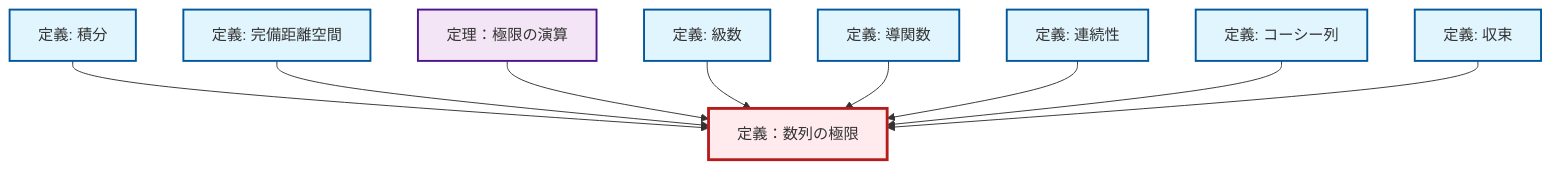
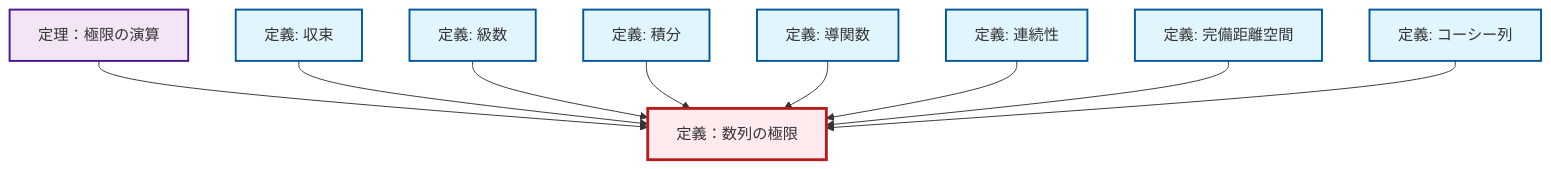
Before and after one commit to RK0429/ModernMath: the diagram in content/ja/analysis/def-limit.qmd, drawn with Mermaid. The commit also changed other lines of this file and 1012 other files, not shown here.

````diff
--- a/content/ja/analysis/def-limit.qmd
+++ b/content/ja/analysis/def-limit.qmd
@@ -49,35 +49,35 @@
 ```{mermaid}
 %%| fig-cap: "Local dependency graph"
 graph TD
     classDef definition fill:#e1f5fe,stroke:#01579b,stroke-width:2px
     classDef theorem fill:#f3e5f5,stroke:#4a148c,stroke-width:2px
     classDef axiom fill:#fff3e0,stroke:#e65100,stroke-width:2px
     classDef example fill:#e8f5e9,stroke:#1b5e20,stroke-width:2px
     classDef current fill:#ffebee,stroke:#b71c1c,stroke-width:3px
+    def-limit["定義：数列の極限"]:::definition
+    def-continuity["定義: 連続性"]:::definition
+    def-complete-metric-space["定義: 完備距離空間"]:::definition
+    def-derivative["定義: 導関数"]:::definition
+    def-series["定義: 級数"]:::definition
+    def-convergence["定義: 収束"]:::definition
     def-integral["定義: 積分"]:::definition
-    def-limit["定義：数列の極限"]:::definition
-    def-series["定義: 級数"]:::definition
     def-cauchy-sequence["定義: コーシー列"]:::definition
-    def-convergence["定義: 収束"]:::definition
-    def-complete-metric-space["定義: 完備距離空間"]:::definition
     thm-limit-arithmetic["定理：極限の演算"]:::theorem
-    def-continuity["定義: 連続性"]:::definition
-    def-derivative["定義: 導関数"]:::definition
+    thm-limit-arithmetic --> def-limit
+    def-convergence --> def-limit
+    def-series --> def-limit
     def-integral --> def-limit
-    def-complete-metric-space --> def-limit
-    thm-limit-arithmetic --> def-limit
-    def-series --> def-limit
     def-derivative --> def-limit
     def-continuity --> def-limit
+    def-complete-metric-space --> def-limit
     def-cauchy-sequence --> def-limit
-    def-convergence --> def-limit
     class def-limit current
+    click def-continuity "def-continuity.html" "連続性の定義へ"
+    click def-complete-metric-space "def-complete-metric-space.html" "完備距離空間の定義へ"
+    click def-derivative "def-derivative.html" "導関数の定義へ"
+    click def-series "def-series.html" "級数の定義へ"
+    click def-convergence "def-convergence.html" "収束の定義へ"
     click def-integral "def-integral.html" "積分の定義へ"
-    click def-series "def-series.html" "級数の定義へ"
     click def-cauchy-sequence "def-cauchy-sequence.html" "コーシー列の定義へ"
-    click def-convergence "def-convergence.html" "収束の定義へ"
-    click def-complete-metric-space "def-complete-metric-space.html" "完備距離空間の定義へ"
     click thm-limit-arithmetic "thm-limit-arithmetic.html" "定理：極限の演算へ"
-    click def-continuity "def-continuity.html" "連続性の定義へ"
-    click def-derivative "def-derivative.html" "導関数の定義へ"
 ```
````
